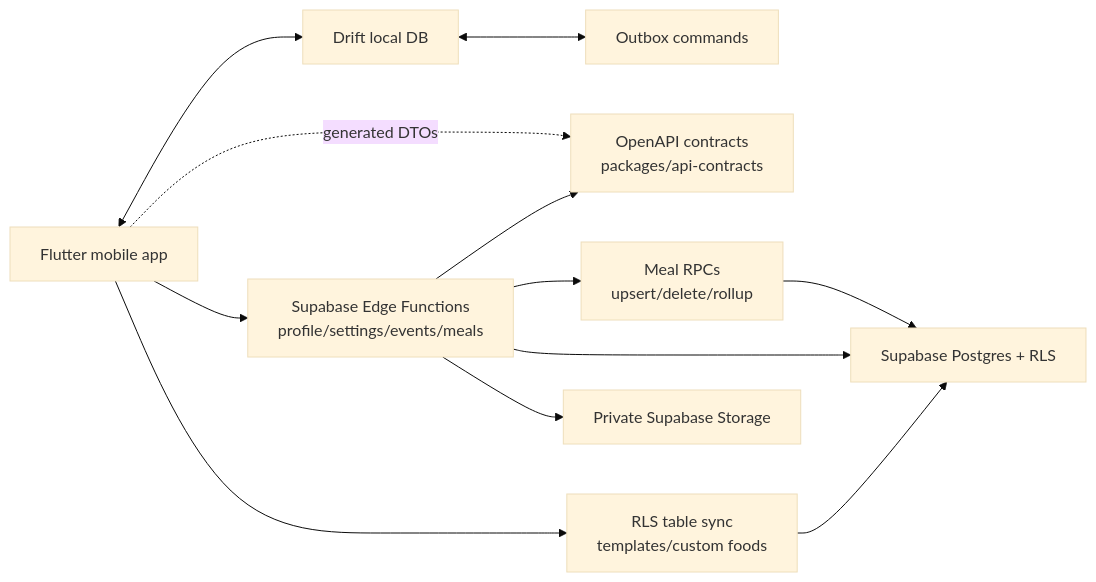
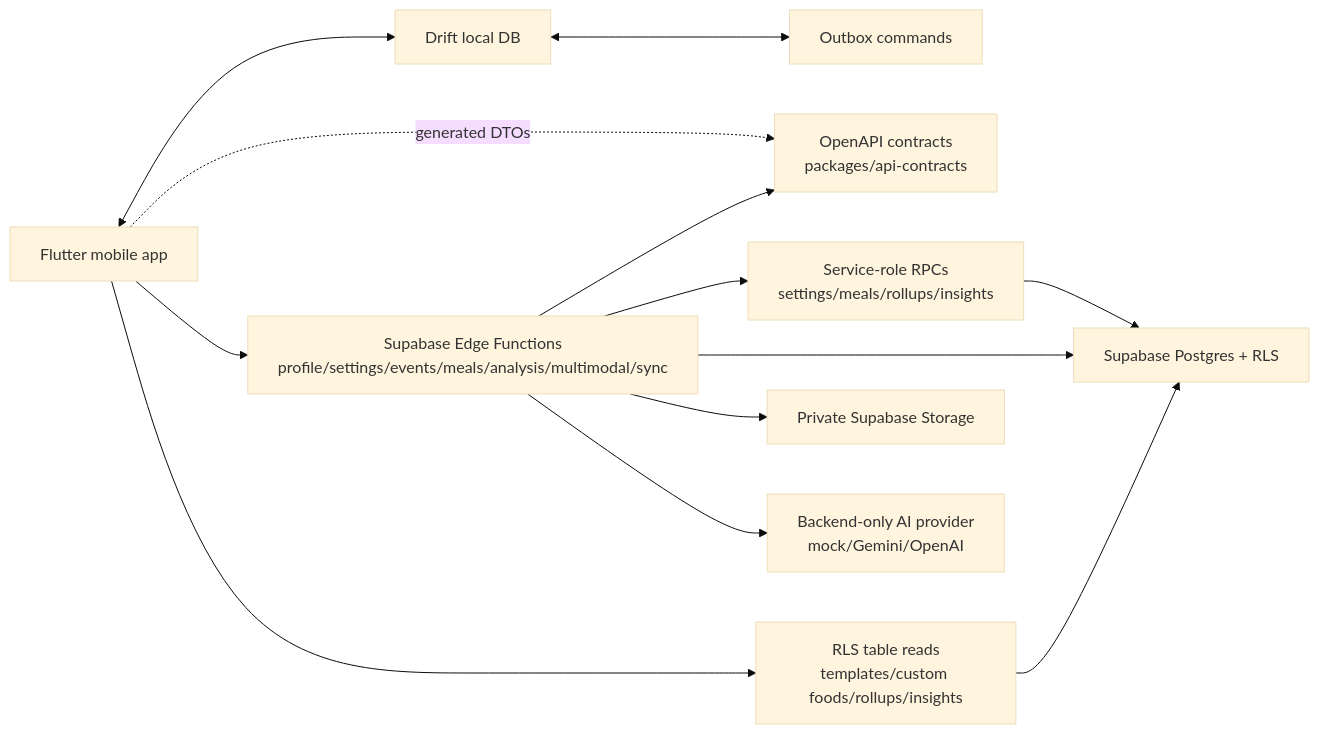
The diagram in docs/02-architecture/README.md (Saransh-Sharma/SnapGrub_Monorepo), drawn with Mermaid (base theme) before and after one commit. The commit also changed other lines of this file and 31 other files, not shown here.

````diff
--- a/docs/02-architecture/README.md
+++ b/docs/02-architecture/README.md
@@ -5,24 +5,26 @@
 ```mermaid
 flowchart LR
   Mobile["Flutter mobile app"]
   Drift["Drift local DB"]
   Outbox["Outbox commands"]
   Contracts["OpenAPI contracts\npackages/api-contracts"]
-  Functions["Supabase Edge Functions\nprofile/settings/events/meals"]
-  RPC["Meal RPCs\nupsert/delete/rollup"]
-  Direct["RLS table sync\ntemplates/custom foods"]
+  Functions["Supabase Edge Functions\nprofile/settings/events/meals/analysis/multimodal/sync"]
+  RPC["Service-role RPCs\nsettings/meals/rollups/insights"]
+  Direct["RLS table reads\ntemplates/custom foods/rollups/insights"]
   Postgres["Supabase Postgres + RLS"]
   Storage["Private Supabase Storage"]
+  AI["Backend-only AI provider\nmock/Gemini/OpenAI"]
 
   Mobile <--> Drift
   Drift <--> Outbox
   Mobile -. generated DTOs .-> Contracts
   Mobile --> Functions
   Mobile --> Direct
   Functions --> Contracts
   Functions --> RPC
   RPC --> Postgres
   Direct --> Postgres
   Functions --> Postgres
   Functions --> Storage
+  Functions --> AI
 ```
````
